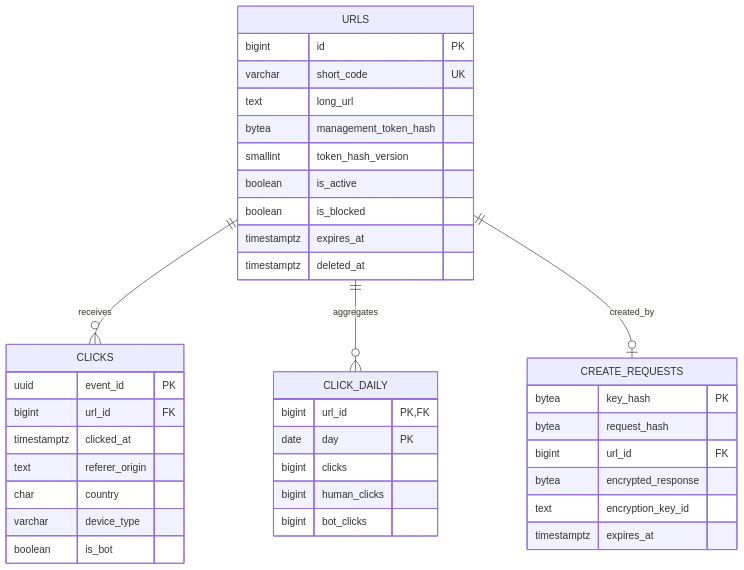
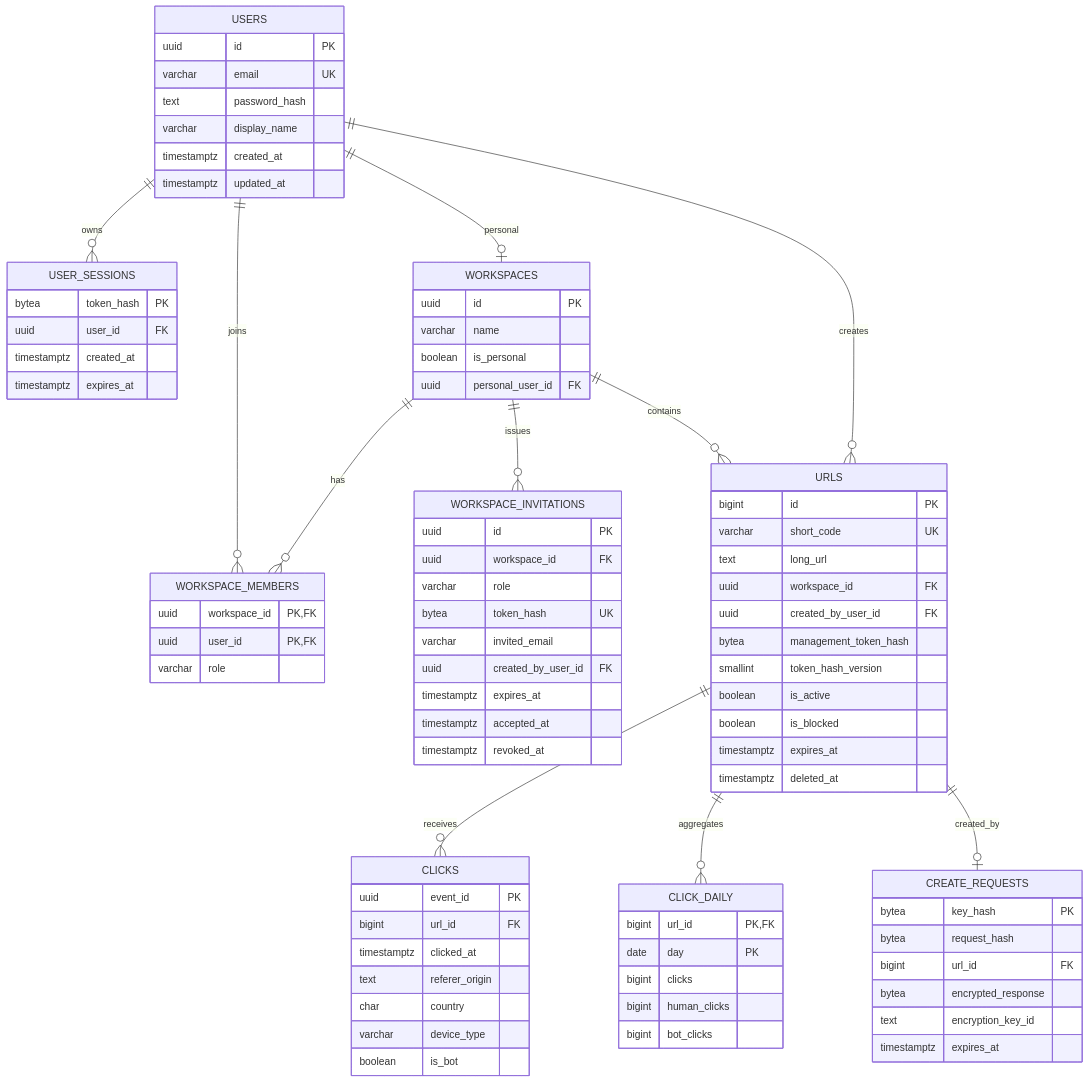
One commit to sarankumar1325/url-shortner changed the diagram in docs/backend/data-model.md. Above: the diagram before and after it, drawn with Mermaid. The commit also changed other lines of this file and 19 other files, not shown here.

````diff
--- a/docs/backend/data-model.md
+++ b/docs/backend/data-model.md
@@ -7,12 +7,57 @@
 ```mermaid
 erDiagram
+    USERS ||--o{ USER_SESSIONS : owns
+    USERS ||--o{ WORKSPACE_MEMBERS : joins
+    USERS ||--o| WORKSPACES : personal
+    USERS ||--o{ URLS : creates
+    WORKSPACES ||--o{ WORKSPACE_MEMBERS : has
+    WORKSPACES ||--o{ WORKSPACE_INVITATIONS : issues
+    WORKSPACES ||--o{ URLS : contains
     URLS ||--o{ CLICKS : receives
     URLS ||--o{ CLICK_DAILY : aggregates
     URLS ||--o| CREATE_REQUESTS : created_by
+    USERS {
+        uuid id PK
+        varchar email UK
+        text password_hash
+        varchar display_name
+        timestamptz created_at
+        timestamptz updated_at
+    }
+    USER_SESSIONS {
+        bytea token_hash PK
+        uuid user_id FK
+        timestamptz created_at
+        timestamptz expires_at
+    }
+    WORKSPACES {
+        uuid id PK
+        varchar name
+        boolean is_personal
+        uuid personal_user_id FK
+    }
+    WORKSPACE_MEMBERS {
+        uuid workspace_id PK,FK
+        uuid user_id PK,FK
+        varchar role
+    }
+    WORKSPACE_INVITATIONS {
+        uuid id PK
+        uuid workspace_id FK
+        varchar role
+        bytea token_hash UK
+        varchar invited_email
+        uuid created_by_user_id FK
+        timestamptz expires_at
+        timestamptz accepted_at
+        timestamptz revoked_at
+    }
     URLS {
         bigint id PK
         varchar short_code UK
         text long_url
+        uuid workspace_id FK
+        uuid created_by_user_id FK
         bytea management_token_hash
         smallint token_hash_version
         boolean is_active
````
